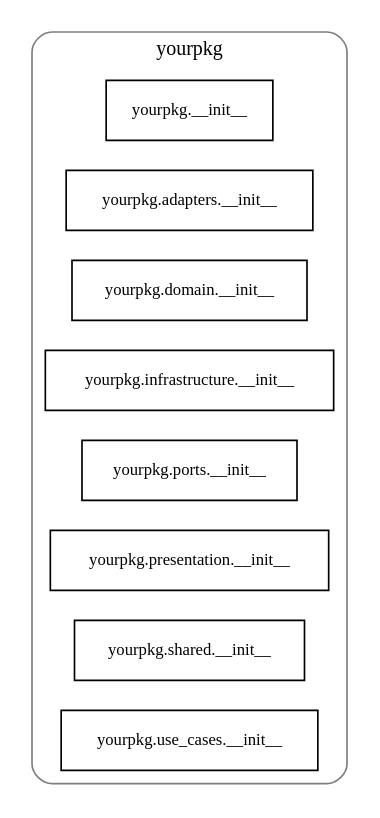
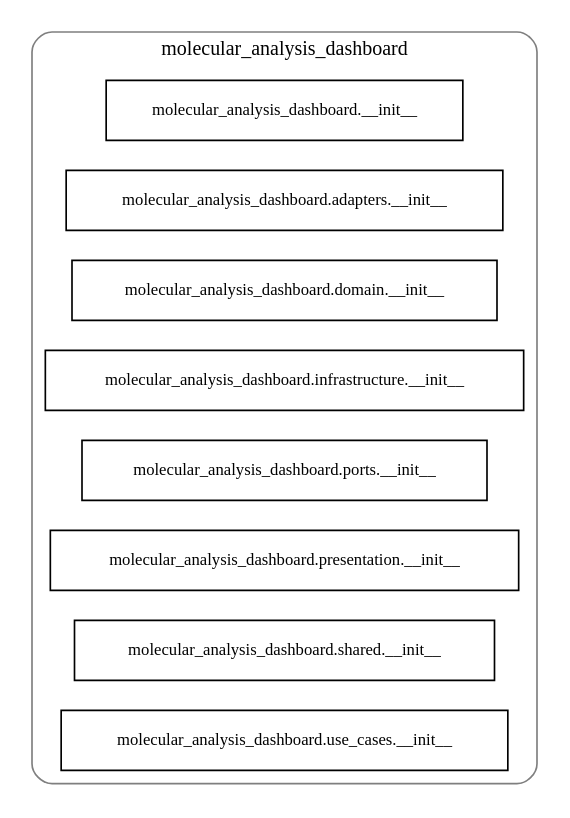
The diagram in docs/atlas/imports.dot (AlgenticsCorp/molecular_analysis_dashboard), drawn with Graphviz before and after one commit. The commit also changed 108 other files, not shown here.

```diff
--- a/docs/atlas/imports.dot
+++ b/docs/atlas/imports.dot
@@ -1,16 +1,16 @@
 digraph imports {
   rankdir=LR;
   graph [fontsize=10];
   node  [shape=box, fontsize=10];
   edge  [fontsize=9, arrowsize=0.7];
-  subgraph cluster_0 { label="yourpkg"; fontsize=12; style=rounded; color=gray50;
-    "yourpkg.__init__" [shape=box];
-    "yourpkg.adapters.__init__" [shape=box];
-    "yourpkg.domain.__init__" [shape=box];
-    "yourpkg.infrastructure.__init__" [shape=box];
-    "yourpkg.ports.__init__" [shape=box];
-    "yourpkg.presentation.__init__" [shape=box];
-    "yourpkg.shared.__init__" [shape=box];
-    "yourpkg.use_cases.__init__" [shape=box];
+  subgraph cluster_0 { label="molecular_analysis_dashboard"; fontsize=12; style=rounded; color=gray50;
+    "molecular_analysis_dashboard.__init__" [shape=box];
+    "molecular_analysis_dashboard.adapters.__init__" [shape=box];
+    "molecular_analysis_dashboard.domain.__init__" [shape=box];
+    "molecular_analysis_dashboard.infrastructure.__init__" [shape=box];
+    "molecular_analysis_dashboard.ports.__init__" [shape=box];
+    "molecular_analysis_dashboard.presentation.__init__" [shape=box];
+    "molecular_analysis_dashboard.shared.__init__" [shape=box];
+    "molecular_analysis_dashboard.use_cases.__init__" [shape=box];
   }
 }
```
